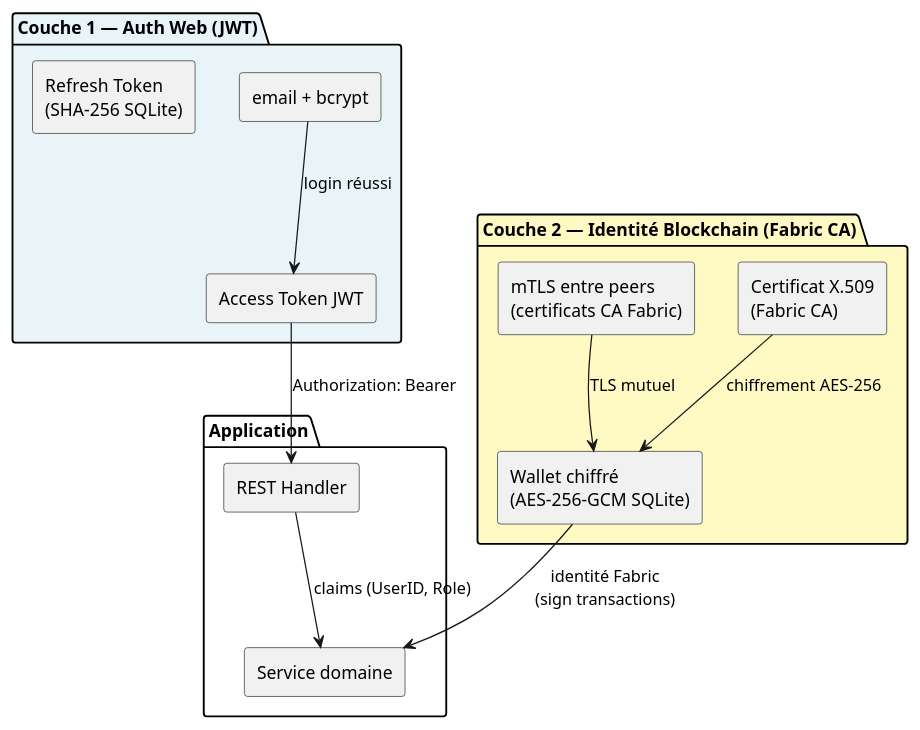
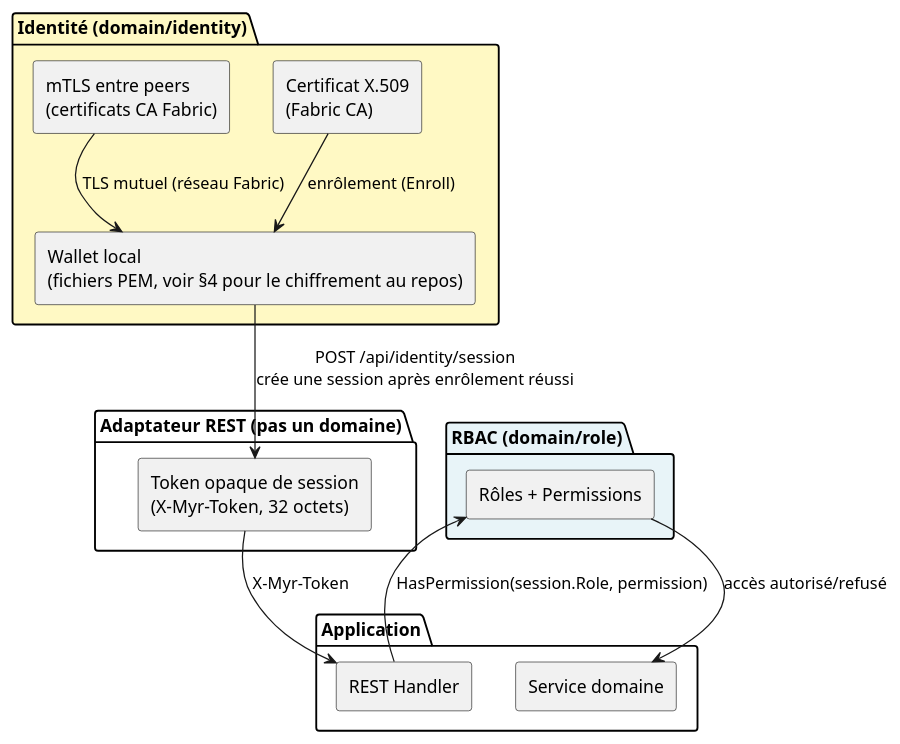
One commit to olivaux/myr changed the first of 3 diagrams in specs/3-Conception/Securite.md. Above: the diagram before and after it, drawn with PlantUML. The commit also changed other lines of this file and 17 other files, not shown here.

````diff
--- a/specs/3-Conception/Securite.md
+++ b/specs/3-Conception/Securite.md
@@ -11,29 +11,31 @@
 ```plantuml
 @startuml
 skinparam componentStyle rectangle
 
-package "Couche 1 — Auth Web (JWT)" #e8f4f8 {
-  [email + bcrypt] as BCR
-  [Access Token JWT] as AT
-  [Refresh Token\n(SHA-256 SQLite)] as RT
+package "Identité (domain/identity)" #fff9c4 {
+  [Certificat X.509\n(Fabric CA)] as CERT
+  [Wallet local\n(fichiers PEM, voir §4 pour le chiffrement au repos)] as WALL
+  [mTLS entre peers\n(certificats CA Fabric)] as MTLS
 }
 
-package "Couche 2 — Identité Blockchain (Fabric CA)" #fff9c4 {
-  [Certificat X.509\n(Fabric CA)] as CERT
-  [Wallet chiffré\n(AES-256-GCM SQLite)] as WALL
-  [mTLS entre peers\n(certificats CA Fabric)] as MTLS
+package "RBAC (domain/role)" #e8f4f8 {
+  [Rôles + Permissions] as RBAC
+}
+
+package "Adaptateur REST (pas un domaine)" {
+  [Token opaque de session\n(X-Myr-Token, 32 octets)] as TOK
 }
 
 package "Application" {
   [REST Handler] as REST
   [Service domaine] as SVC
 }
 
-BCR --> AT : login réussi
-AT --> REST : Authorization: Bearer
-REST --> SVC : claims (UserID, Role)
-CERT --> WALL : chiffrement AES-256
-WALL --> SVC : identité Fabric\n(sign transactions)
-MTLS --> WALL : TLS mutuel
+CERT --> WALL : enrôlement (Enroll)
+WALL --> TOK : POST /api/identity/session\ncrée une session après enrôlement réussi
+TOK --> REST : X-Myr-Token
+REST --> RBAC : HasPermission(session.Role, permission)
+RBAC --> SVC : accès autorisé/refusé
+MTLS --> WALL : TLS mutuel (réseau Fabric)
 @enduml
 ```
````
